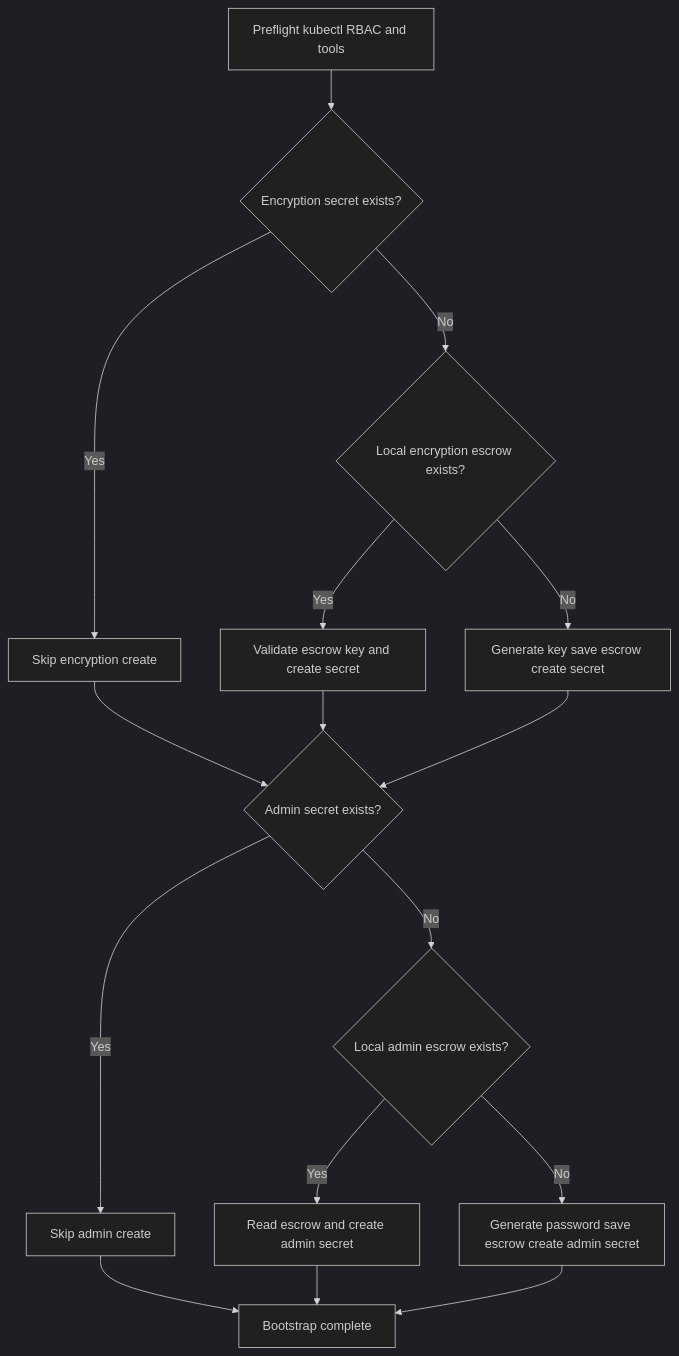
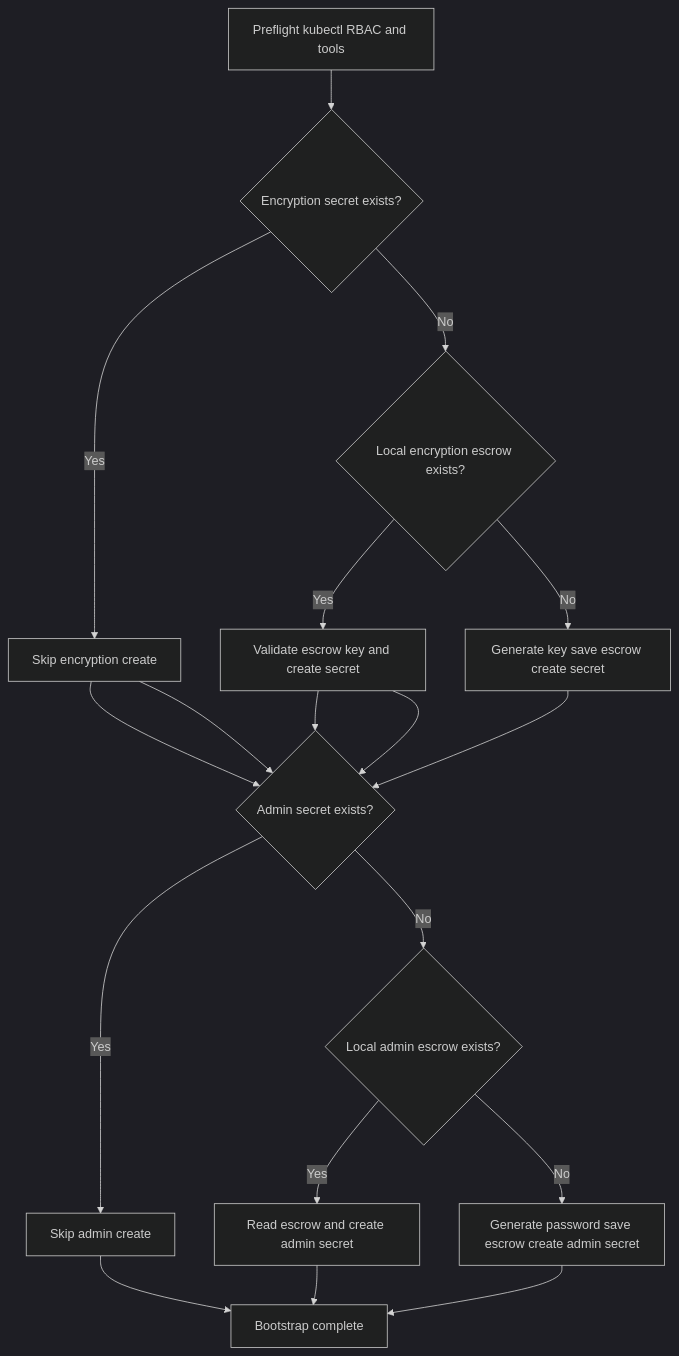
Before and after one commit to sml-global/mongodb: the fifth of 8 diagrams in platform-prerequisites/terraform/README.md, drawn with Mermaid (dark theme). The commit also changed other lines of this file and 2 other files, not shown here.

````diff
--- a/platform-prerequisites/terraform/README.md
+++ b/platform-prerequisites/terraform/README.md
@@ -255,18 +292,20 @@
 ```mermaid
 flowchart TD
   A[Preflight kubectl RBAC and tools] --> B{Encryption secret exists?}
   B -->|Yes| C[Skip encryption create]
   B -->|No| D{Local encryption escrow exists?}
   D -->|Yes| E[Validate escrow key and create secret]
   D -->|No| F[Generate key save escrow create secret]
   C --> G{Admin secret exists?}
   E --> G
   F --> G
   G -->|Yes| H[Skip admin create]
   G -->|No| I{Local admin escrow exists?}
   I -->|Yes| J[Read escrow and create admin secret]
   I -->|No| K[Generate password save escrow create admin secret]
   H --> L[Bootstrap complete]
   J --> L
   K --> L
+  E --> G
+  C --> G
 ```
````
